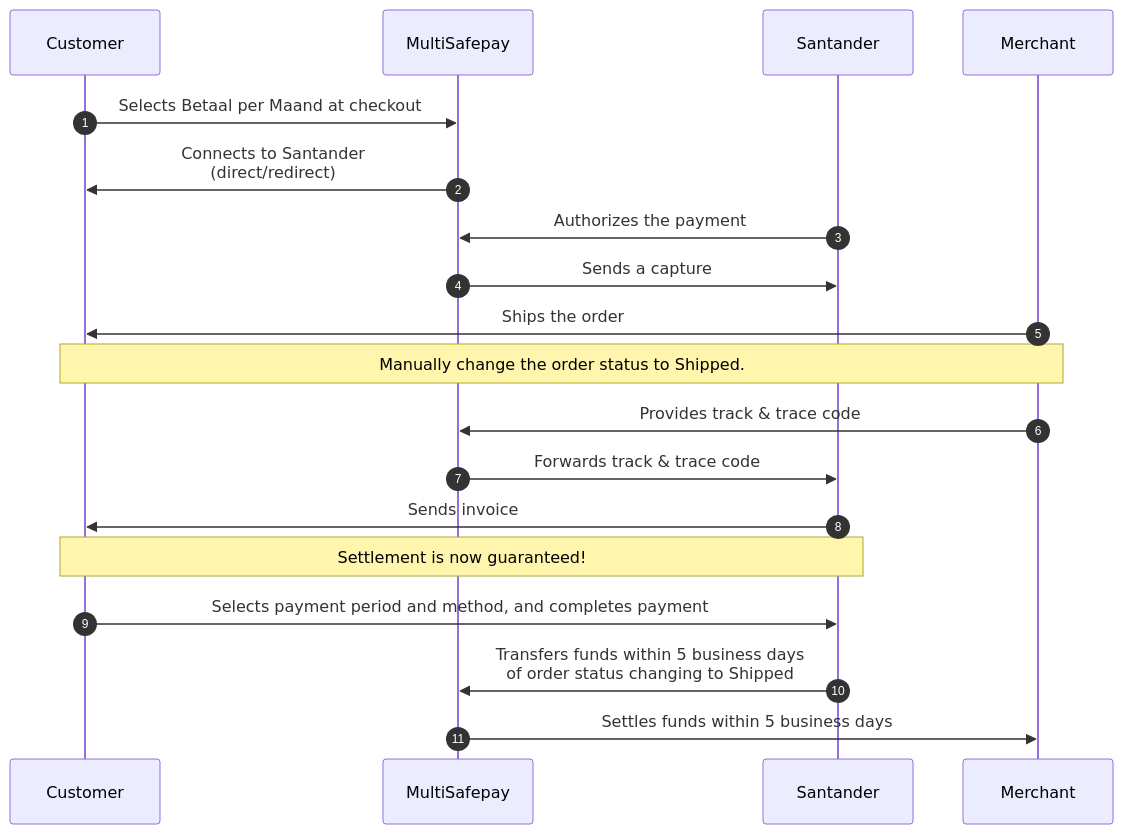
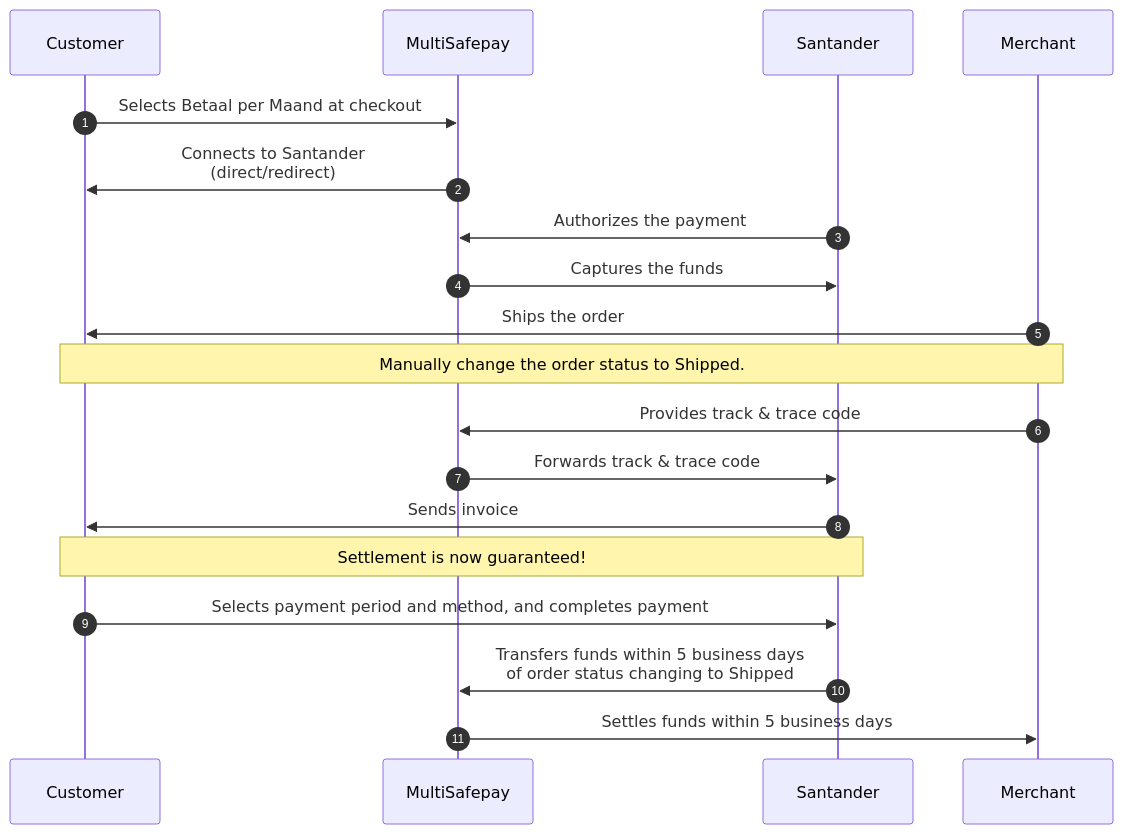
The diagram in content/payments/methods/pay-later/betaalpermaand/payment-flow.md (MultiSafepay/docs), drawn with Mermaid before and after one commit. The commit also changed 5 other files, not shown here.

```diff
--- a/content/payments/methods/pay-later/betaalpermaand/payment-flow.md
+++ b/content/payments/methods/pay-later/betaalpermaand/payment-flow.md
@@ -15,24 +15,24 @@
 {{< mermaid class="text-center" >}}
 
 sequenceDiagram
     autonumber
     participant C as Customer
     participant Mu as MultiSafepay
     participant S as Santander
     participant Me as Merchant
 
     C->>Mu: Selects Betaal per Maand at checkout
     Mu->>C: Connects to Santander <br> (direct/redirect)
     S->>Mu: Authorizes the payment
-    Mu->>S: Sends a capture
+    Mu->>S: Captures the funds
     Me->>C: Ships the order
     Note over Me,C: Manually change the order status to Shipped. 
     Me->>Mu: Provides track & trace code
     Mu->>S: Forwards track & trace code 
     S->>C: Sends invoice 
     Note over S,C: Settlement is now guaranteed!
     C->>S: Selects payment period and method, and completes payment 
     S->>Mu: Transfers funds within 5 business days <br> of order status changing to Shipped
     Mu->>Me: Settles funds within 5 business days
 
 {{< /mermaid >}}
```
